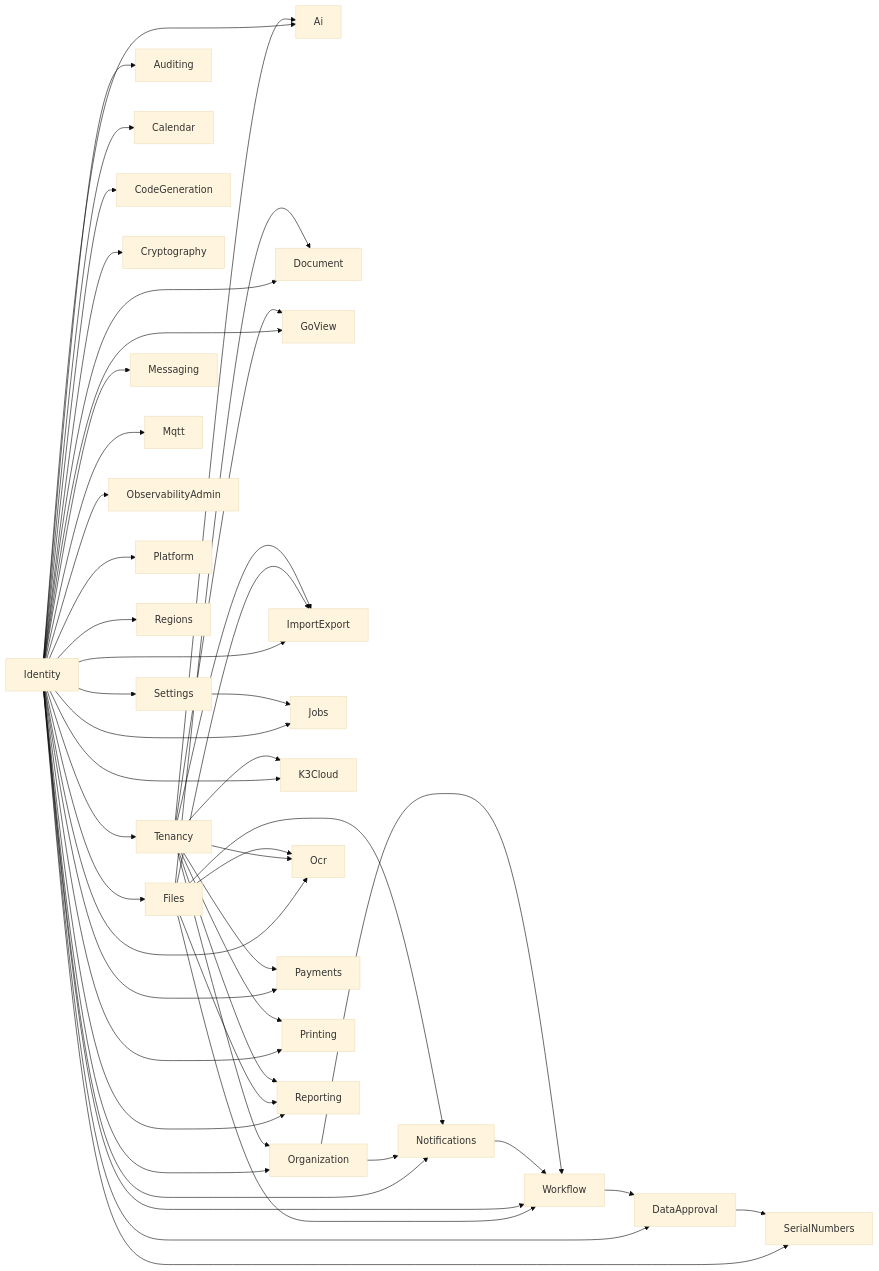
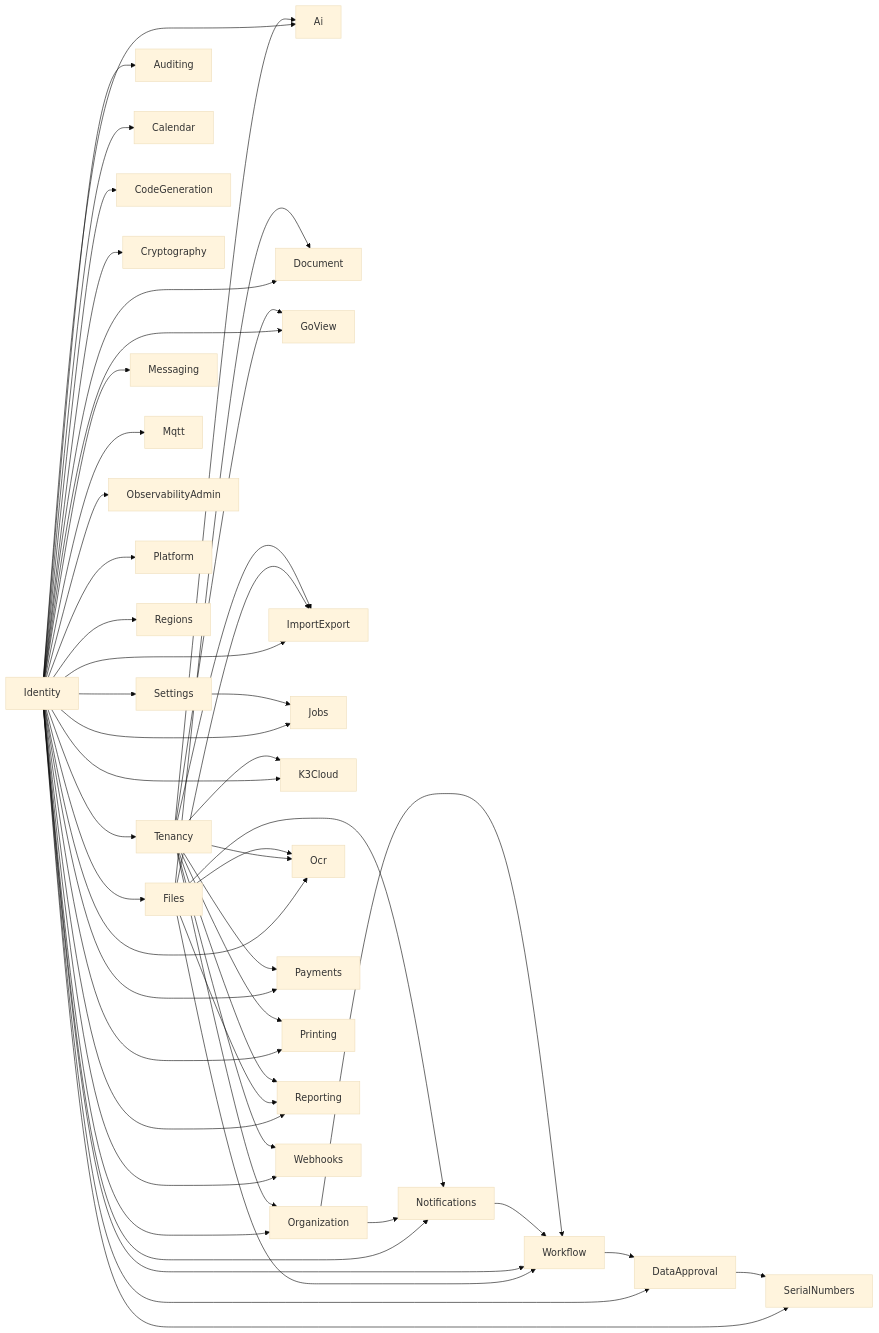
One commit to yan041108/Full.NET changed the diagram in docs/operations/module-dependency-graph.mmd. Above: the diagram before and after it, drawn with Mermaid (base theme). The commit also changed 348 other files, not shown here.

```diff
--- a/docs/operations/module-dependency-graph.mmd
+++ b/docs/operations/module-dependency-graph.mmd
@@ -1,51 +1,53 @@
 %% 自动生成：pnpm run generate:module-dependency-graph
 %% 源：src/Modules/*Module.cs IFullNetModule.Dependencies
 flowchart LR
   Identity --> Ai
   Tenancy --> Ai
   Identity --> Auditing
   Identity --> Calendar
   Identity --> CodeGeneration
   Identity --> Cryptography
   Identity --> DataApproval
   Workflow --> DataApproval
   Identity --> Document
   Files --> Document
   Identity --> Files
   Identity --> GoView
   Tenancy --> GoView
   Identity --> ImportExport
   Files --> ImportExport
   Tenancy --> ImportExport
   Identity --> Jobs
   Settings --> Jobs
   Identity --> K3Cloud
   Tenancy --> K3Cloud
   Identity --> Messaging
   Identity --> Mqtt
   Identity --> Notifications
   Organization --> Notifications
   Files --> Notifications
   Identity --> ObservabilityAdmin
   Identity --> Ocr
   Tenancy --> Ocr
   Files --> Ocr
   Identity --> Organization
   Tenancy --> Organization
   Identity --> Payments
   Tenancy --> Payments
   Identity --> Platform
   Identity --> Printing
   Tenancy --> Printing
   Identity --> Regions
   Identity --> Reporting
   Files --> Reporting
   Tenancy --> Reporting
   Identity --> SerialNumbers
   DataApproval --> SerialNumbers
   Identity --> Settings
   Identity --> Tenancy
+  Identity --> Webhooks
+  Tenancy --> Webhooks
   Files --> Workflow
   Identity --> Workflow
   Notifications --> Workflow
   Organization --> Workflow
```
